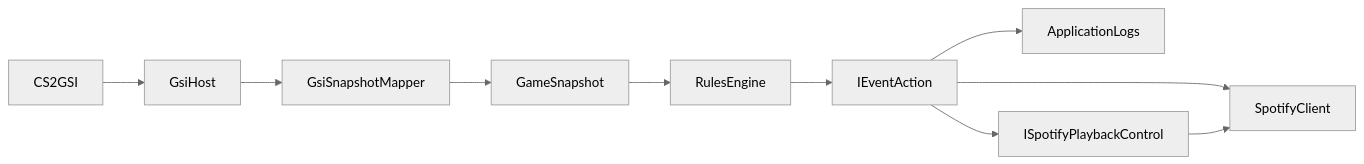
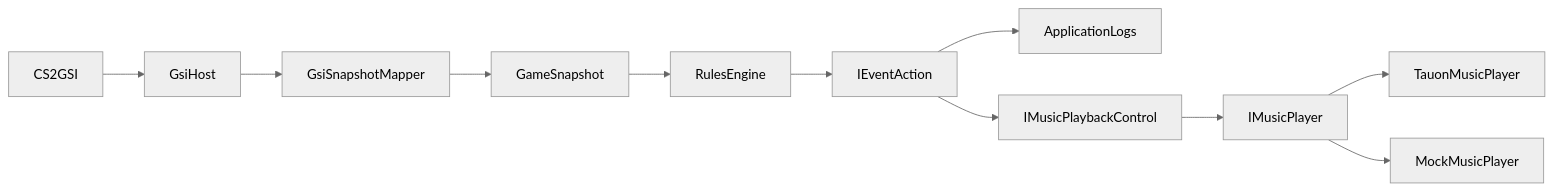
One commit to AlexGud-HGGames/Undefault changed the diagram in docs/backend-architecture.md. Above: the diagram before and after it, drawn with Mermaid (neutral theme). The commit also changed other lines of this file and 13 other files, not shown here.

````diff
--- a/docs/backend-architecture.md
+++ b/docs/backend-architecture.md
@@ -34,12 +33,13 @@
 ```mermaid
 flowchart LR
 cs2[CS2GSI] --> host[GsiHost]
 host --> mapper[GsiSnapshotMapper]
 mapper --> snapshot[GameSnapshot]
 snapshot --> rules[RulesEngine]
 rules --> actions[IEventAction]
-actions --> spotify[SpotifyClient]
 actions --> logs[ApplicationLogs]
-actions --> playback[ISpotifyPlaybackControl]
-playback --> spotify
+actions --> playback[IMusicPlaybackControl]
+playback --> player[IMusicPlayer]
+player --> tauon[TauonMusicPlayer]
+player --> mock[MockMusicPlayer]
 ```
````
